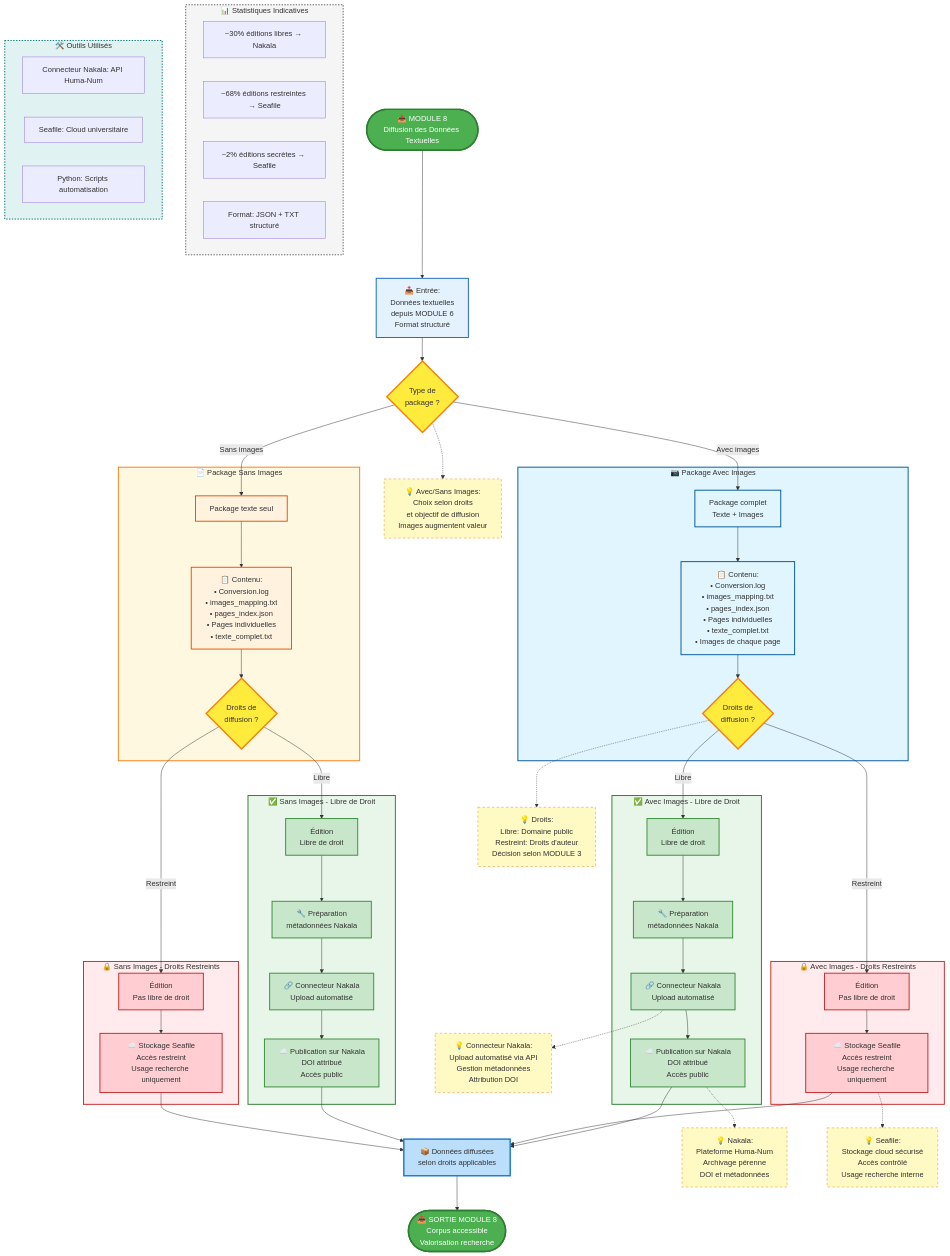
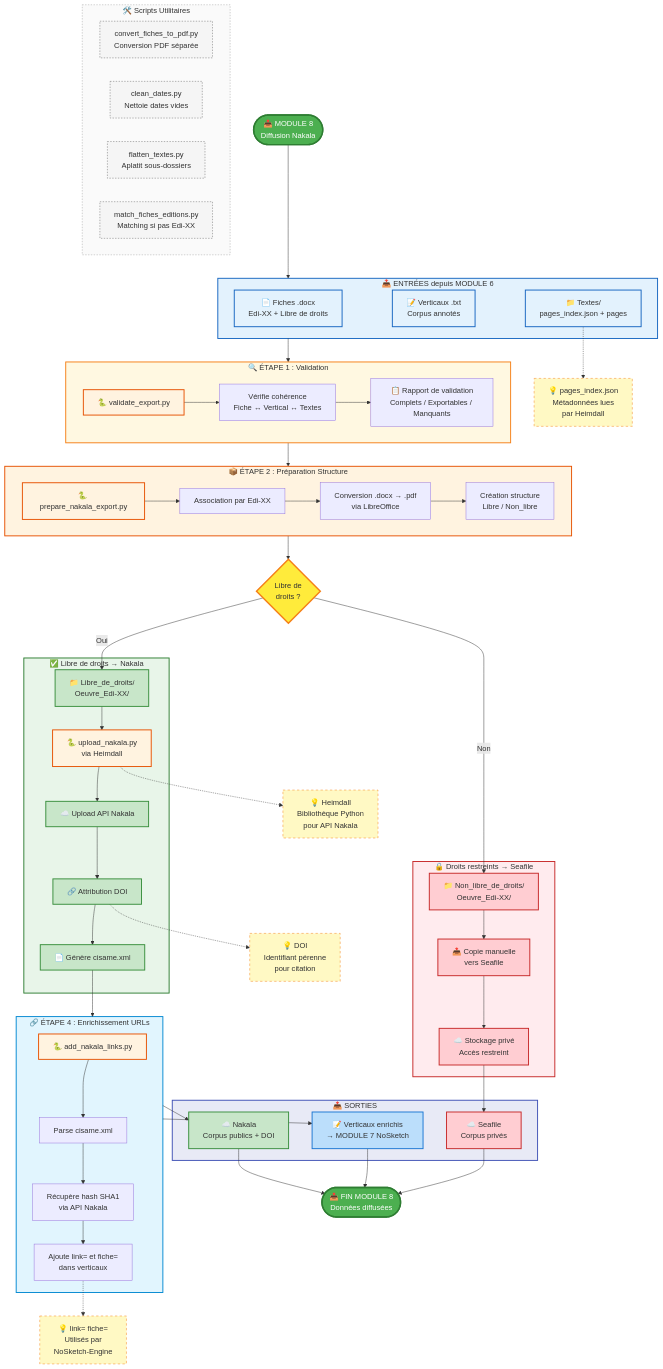
The diagram in Modules_projet/Module_8_Diffusion_Donnees/flowchart-module8-diffusion.mmd (TitouanCiSaMe/CiSaMe), drawn with Mermaid before and after one commit.

Commit message:
Refactor: synchronisation flowchart-module8-diffusion.mmd
Mise à jour du fichier .mmd pour correspondre au nouveau workflow
avec les scripts validate_export.py, prepare_nakala_export.py,
upload_nakala.py et add_nakala_links.py.

Note: Le fichier .png doit être régénéré manuellement.

```diff
--- a/Modules_projet/Module_8_Diffusion_Donnees/flowchart-module8-diffusion.mmd
+++ b/Modules_projet/Module_8_Diffusion_Donnees/flowchart-module8-diffusion.mmd
@@ -1,187 +1,167 @@
 flowchart TD
     %% ========================================
-    %% MODULE 8 - DIFFUSION DES DONNÉES
+    %% MODULE 8 - DIFFUSION DES DONNÉES NAKALA
     %% ========================================
 
-    START([📤 MODULE 8<br/>Diffusion des Données Textuelles])
+    START([📤 MODULE 8<br/>Diffusion Nakala])
 
     %% ========================================
-    %% ENTRÉE
+    %% ENTRÉES
     %% ========================================
-    INPUT[📥 Entrée:<br/>Données textuelles<br/>depuis MODULE 6<br/>Format structuré]
+    subgraph INPUTS [📥 ENTRÉES depuis MODULE 6]
+        I1[📄 Fiches .docx<br/>Edi-XX + Libre de droits]
+        I2[📝 Verticaux .txt<br/>Corpus annotés]
+        I3[📁 Textes/<br/>pages_index.json + pages]
+    end
 
-    START --> INPUT
+    START --> INPUTS
 
     %% ========================================
-    %% DÉCISION TYPE DE PACKAGE
+    %% ÉTAPE 1 : VALIDATION
     %% ========================================
-    DECISION_TYPE{Type de<br/>package ?}
+    subgraph STEP1 [🔍 ÉTAPE 1 : Validation]
+        V1[🐍 validate_export.py]
+        V2[Vérifie cohérence<br/>Fiche ↔ Vertical ↔ Textes]
+        V3[📋 Rapport de validation<br/>Complets / Exportables / Manquants]
 
-    INPUT --> DECISION_TYPE
+        V1 --> V2 --> V3
+    end
+
+    INPUTS --> STEP1
 
     %% ========================================
-    %% BRANCHE AVEC IMAGES
+    %% ÉTAPE 2 : PRÉPARATION
     %% ========================================
-    subgraph AVEC_IMAGES_FLOW [📷 Package Avec Images]
-        AVEC_TITLE[Package complet<br/>Texte + Images]
-        AVEC_CONTENU[📋 Contenu:<br/>• Conversion.log<br/>• images_mapping.txt<br/>• pages_index.json<br/>• Pages individuelles<br/>• texte_complet.txt<br/>• Images de chaque page]
-        AVEC_DECISION{Droits de<br/>diffusion ?}
+    subgraph STEP2 [📦 ÉTAPE 2 : Préparation Structure]
+        P1[🐍 prepare_nakala_export.py]
+        P2[Association par Edi-XX]
+        P3[Conversion .docx → .pdf<br/>via LibreOffice]
+        P4[Création structure<br/>Libre / Non_libre]
 
-        AVEC_TITLE --> AVEC_CONTENU
-        AVEC_CONTENU --> AVEC_DECISION
+        P1 --> P2 --> P3 --> P4
     end
 
-    DECISION_TYPE -->|Avec images| AVEC_TITLE
+    STEP1 --> STEP2
 
     %% ========================================
-    %% BRANCHE SANS IMAGES
+    %% DÉCISION DROITS
     %% ========================================
-    subgraph SANS_IMAGES_FLOW [📄 Package Sans Images]
-        SANS_TITLE[Package texte seul]
-        SANS_CONTENU[📋 Contenu:<br/>• Conversion.log<br/>• images_mapping.txt<br/>• pages_index.json<br/>• Pages individuelles<br/>• texte_complet.txt]
-        SANS_DECISION{Droits de<br/>diffusion ?}
+    DECISION{Libre de<br/>droits ?}
 
-        SANS_TITLE --> SANS_CONTENU
-        SANS_CONTENU --> SANS_DECISION
+    STEP2 --> DECISION
+
+    %% ========================================
+    %% BRANCHE LIBRE - NAKALA
+    %% ========================================
+    subgraph NAKALA_FLOW [✅ Libre de droits → Nakala]
+        N1[📁 Libre_de_droits/<br/>Oeuvre_Edi-XX/]
+        N2[🐍 upload_nakala.py<br/>via Heimdall]
+        N3[☁️ Upload API Nakala]
+        N4[🔗 Attribution DOI]
+        N5[📄 Génère cisame.xml]
+
+        N1 --> N2 --> N3 --> N4 --> N5
     end
 
-    DECISION_TYPE -->|Sans images| SANS_TITLE
+    DECISION -->|Oui| N1
 
     %% ========================================
-    %% DIFFUSION AVEC IMAGES - LIBRE
+    %% BRANCHE RESTREINTE - SEAFILE
     %% ========================================
-    subgraph AVEC_LIBRE_FLOW [✅ Avec Images - Libre de Droit]
-        AVEC_LIBRE[Édition<br/>Libre de droit]
-        AVEC_NAKALA_PREP[🔧 Préparation<br/>métadonnées Nakala]
-        AVEC_NAKALA_CONNECT[🔗 Connecteur Nakala<br/>Upload automatisé]
-        AVEC_NAKALA_RESULT[☁️ Publication sur Nakala<br/>DOI attribué<br/>Accès public]
+    subgraph SEAFILE_FLOW [🔒 Droits restreints → Seafile]
+        S1[📁 Non_libre_de_droits/<br/>Oeuvre_Edi-XX/]
+        S2[📤 Copie manuelle<br/>vers Seafile]
+        S3[☁️ Stockage privé<br/>Accès restreint]
 
-        AVEC_LIBRE --> AVEC_NAKALA_PREP
-        AVEC_NAKALA_PREP --> AVEC_NAKALA_CONNECT
-        AVEC_NAKALA_CONNECT --> AVEC_NAKALA_RESULT
+        S1 --> S2 --> S3
     end
 
-    AVEC_DECISION -->|Libre| AVEC_LIBRE
+    DECISION -->|Non| S1
 
     %% ========================================
-    %% DIFFUSION AVEC IMAGES - RESTREINT
+    %% ÉTAPE 4 : ENRICHISSEMENT
     %% ========================================
-    subgraph AVEC_RESTREINT_FLOW [🔒 Avec Images - Droits Restreints]
-        AVEC_RESTREINT[Édition<br/>Pas libre de droit]
-        AVEC_SEAFILE[☁️ Stockage Seafile<br/>Accès restreint<br/>Usage recherche uniquement]
+    subgraph STEP4 [🔗 ÉTAPE 4 : Enrichissement URLs]
+        E1[🐍 add_nakala_links.py]
+        E2[Parse cisame.xml]
+        E3[Récupère hash SHA1<br/>via API Nakala]
+        E4[Ajoute link= et fiche=<br/>dans verticaux]
 
-        AVEC_RESTREINT --> AVEC_SEAFILE
+        E1 --> E2 --> E3 --> E4
     end
 
-    AVEC_DECISION -->|Restreint| AVEC_RESTREINT
+    N5 --> STEP4
 
     %% ========================================
-    %% DIFFUSION SANS IMAGES - LIBRE
+    %% SORTIES
     %% ========================================
-    subgraph SANS_LIBRE_FLOW [✅ Sans Images - Libre de Droit]
-        SANS_LIBRE[Édition<br/>Libre de droit]
-        SANS_NAKALA_PREP[🔧 Préparation<br/>métadonnées Nakala]
-        SANS_NAKALA_CONNECT[🔗 Connecteur Nakala<br/>Upload automatisé]
-        SANS_NAKALA_RESULT[☁️ Publication sur Nakala<br/>DOI attribué<br/>Accès public]
-
-        SANS_LIBRE --> SANS_NAKALA_PREP
-        SANS_NAKALA_PREP --> SANS_NAKALA_CONNECT
-        SANS_NAKALA_CONNECT --> SANS_NAKALA_RESULT
+    subgraph OUTPUTS [📤 SORTIES]
+        O1[☁️ Nakala<br/>Corpus publics + DOI]
+        O2[☁️ Seafile<br/>Corpus privés]
+        O3[📝 Verticaux enrichis<br/>→ MODULE 7 NoSketch]
     end
 
-    SANS_DECISION -->|Libre| SANS_LIBRE
+    STEP4 --> O1
+    STEP4 --> O3
+    S3 --> O2
+
+    OUTPUT([📤 FIN MODULE 8<br/>Données diffusées])
+
+    O1 --> OUTPUT
+    O2 --> OUTPUT
+    O3 --> OUTPUT
 
     %% ========================================
-    %% DIFFUSION SANS IMAGES - RESTREINT
+    %% SCRIPTS UTILITAIRES
     %% ========================================
-    subgraph SANS_RESTREINT_FLOW [🔒 Sans Images - Droits Restreints]
-        SANS_RESTREINT[Édition<br/>Pas libre de droit]
-        SANS_SEAFILE[☁️ Stockage Seafile<br/>Accès restreint<br/>Usage recherche uniquement]
-
-        SANS_RESTREINT --> SANS_SEAFILE
+    subgraph UTILS [🛠️ Scripts Utilitaires]
+        U1[convert_fiches_to_pdf.py<br/>Conversion PDF séparée]
+        U2[clean_dates.py<br/>Nettoie dates vides]
+        U3[flatten_textes.py<br/>Aplatit sous-dossiers]
+        U4[match_fiches_editions.py<br/>Matching si pas Edi-XX]
     end
-
-    SANS_DECISION -->|Restreint| SANS_RESTREINT
-
-    %% ========================================
-    %% CONVERGENCE
-    %% ========================================
-    CONVERGENCE[📦 Données diffusées<br/>selon droits applicables]
-
-    AVEC_NAKALA_RESULT --> CONVERGENCE
-    AVEC_SEAFILE --> CONVERGENCE
-    SANS_NAKALA_RESULT --> CONVERGENCE
-    SANS_SEAFILE --> CONVERGENCE
-
-    OUTPUT([📤 SORTIE MODULE 8<br/>Corpus accessible<br/>Valorisation recherche])
-
-    CONVERGENCE --> OUTPUT
 
     %% ========================================
     %% ANNOTATIONS
     %% ========================================
-    note1[💡 Avec/Sans Images:<br/>Choix selon droits<br/>et objectif de diffusion<br/>Images augmentent valeur]
-    note2[💡 Nakala:<br/>Plateforme Huma-Num<br/>Archivage pérenne<br/>DOI et métadonnées]
-    note3[💡 Connecteur Nakala:<br/>Upload automatisé via API<br/>Gestion métadonnées<br/>Attribution DOI]
-    note4[💡 Seafile:<br/>Stockage cloud sécurisé<br/>Accès contrôlé<br/>Usage recherche interne]
-    note5[💡 Droits:<br/>Libre: Domaine public<br/>Restreint: Droits d'auteur<br/>Décision selon MODULE 3]
+    note1[💡 pages_index.json<br/>Métadonnées lues<br/>par Heimdall]
+    note2[💡 Heimdall<br/>Bibliothèque Python<br/>pour API Nakala]
+    note3[💡 DOI<br/>Identifiant pérenne<br/>pour citation]
+    note4[💡 link= fiche=<br/>Utilisés par<br/>NoSketch-Engine]
 
-    DECISION_TYPE -.-> note1
-    AVEC_NAKALA_RESULT -.-> note2
-    AVEC_NAKALA_CONNECT -.-> note3
-    AVEC_SEAFILE -.-> note4
-    AVEC_DECISION -.-> note5
-
-    %% ========================================
-    %% STATISTIQUES
-    %% ========================================
-    subgraph STATS [📊 Statistiques Indicatives]
-        S1[~30% éditions libres → Nakala]
-        S2[~68% éditions restreintes → Seafile]
-        S3[~2% éditions secrètes → Seafile]
-        S4[Format: JSON + TXT structuré]
-    end
-
-    %% ========================================
-    %% OUTILS
-    %% ========================================
-    subgraph TOOLS [🛠️ Outils Utilisés]
-        T1[Connecteur Nakala: API Huma-Num]
-        T2[Seafile: Cloud universitaire]
-        T3[Python: Scripts automatisation]
-    end
+    I3 -.-> note1
+    N2 -.-> note2
+    N4 -.-> note3
+    E4 -.-> note4
 
     %% ========================================
     %% STYLES
     %% ========================================
     classDef startEnd fill:#4caf50,stroke:#2e7d32,stroke-width:3px,color:#fff
     classDef input fill:#e3f2fd,stroke:#1565c0,stroke-width:2px
+    classDef script fill:#fff3e0,stroke:#e65100,stroke-width:2px
     classDef decision fill:#ffeb3b,stroke:#f57f17,stroke-width:3px
-    classDef avec fill:#e1f5fe,stroke:#01579b,stroke-width:2px
-    classDef sans fill:#fff3e0,stroke:#e65100,stroke-width:2px
-    classDef libre fill:#c8e6c9,stroke:#388e3c,stroke-width:2px
-    classDef restreint fill:#ffcdd2,stroke:#c62828,stroke-width:2px
-    classDef nakala fill:#a5d6a7,stroke:#2e7d32,stroke-width:2px
-    classDef seafile fill:#fff9c4,stroke:#f57f17,stroke-width:2px
-    classDef convergence fill:#bbdefb,stroke:#1976d2,stroke-width:3px
+    classDef nakala fill:#c8e6c9,stroke:#388e3c,stroke-width:2px
+    classDef seafile fill:#ffcdd2,stroke:#c62828,stroke-width:2px
+    classDef output fill:#bbdefb,stroke:#1976d2,stroke-width:2px
     classDef note fill:#fff9c4,stroke:#f57f17,stroke-width:1px,stroke-dasharray: 5 5
-    classDef title fill:#e0e0e0,stroke:#757575,stroke-width:2px
+    classDef utils fill:#f5f5f5,stroke:#616161,stroke-width:1px,stroke-dasharray: 3 3
 
     class START,OUTPUT startEnd
-    class INPUT input
-    class DECISION_TYPE,AVEC_DECISION,SANS_DECISION decision
-    class AVEC_TITLE,AVEC_CONTENU avec
-    class SANS_TITLE,SANS_CONTENU sans
-    class AVEC_LIBRE,AVEC_NAKALA_PREP,AVEC_NAKALA_CONNECT,AVEC_NAKALA_RESULT,SANS_LIBRE,SANS_NAKALA_PREP,SANS_NAKALA_CONNECT,SANS_NAKALA_RESULT libre
-    class AVEC_RESTREINT,AVEC_SEAFILE,SANS_RESTREINT,SANS_SEAFILE restreint
-    class CONVERGENCE convergence
-    class note1,note2,note3,note4,note5 note
+    class I1,I2,I3 input
+    class V1,P1,N2,E1 script
+    class DECISION decision
+    class N1,N3,N4,N5,O1 nakala
+    class S1,S2,S3,O2 seafile
+    class O3 output
+    class note1,note2,note3,note4 note
+    class U1,U2,U3,U4 utils
 
-    style AVEC_IMAGES_FLOW fill:#e1f5fe,stroke:#01579b,stroke-width:2px
-    style SANS_IMAGES_FLOW fill:#fff8e1,stroke:#f57f17,stroke-width:2px
-    style AVEC_LIBRE_FLOW fill:#e8f5e9,stroke:#2e7d32,stroke-width:2px
-    style AVEC_RESTREINT_FLOW fill:#ffebee,stroke:#c62828,stroke-width:2px
-    style SANS_LIBRE_FLOW fill:#e8f5e9,stroke:#2e7d32,stroke-width:2px
-    style SANS_RESTREINT_FLOW fill:#ffebee,stroke:#c62828,stroke-width:2px
-    style STATS fill:#f5f5f5,stroke:#616161,stroke-width:2px,stroke-dasharray: 3 3
-    style TOOLS fill:#e0f2f1,stroke:#00796b,stroke-width:2px,stroke-dasharray: 3 3
+    style INPUTS fill:#e3f2fd,stroke:#1565c0,stroke-width:2px
+    style STEP1 fill:#fff8e1,stroke:#f57f17,stroke-width:2px
+    style STEP2 fill:#fff3e0,stroke:#e65100,stroke-width:2px
+    style NAKALA_FLOW fill:#e8f5e9,stroke:#2e7d32,stroke-width:2px
+    style SEAFILE_FLOW fill:#ffebee,stroke:#c62828,stroke-width:2px
+    style STEP4 fill:#e1f5fe,stroke:#0288d1,stroke-width:2px
+    style OUTPUTS fill:#e8eaf6,stroke:#3f51b5,stroke-width:2px
+    style UTILS fill:#fafafa,stroke:#9e9e9e,stroke-width:1px,stroke-dasharray: 3 3
```
